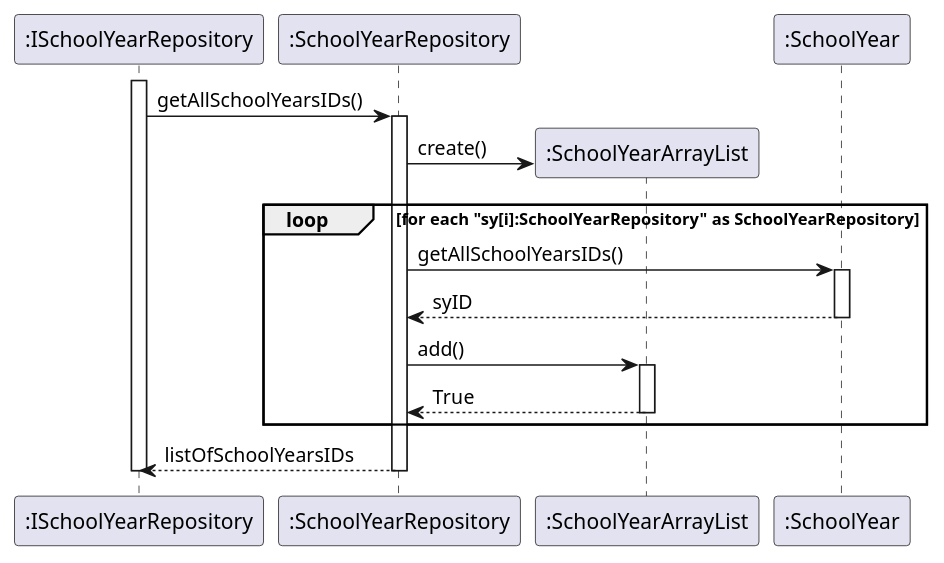
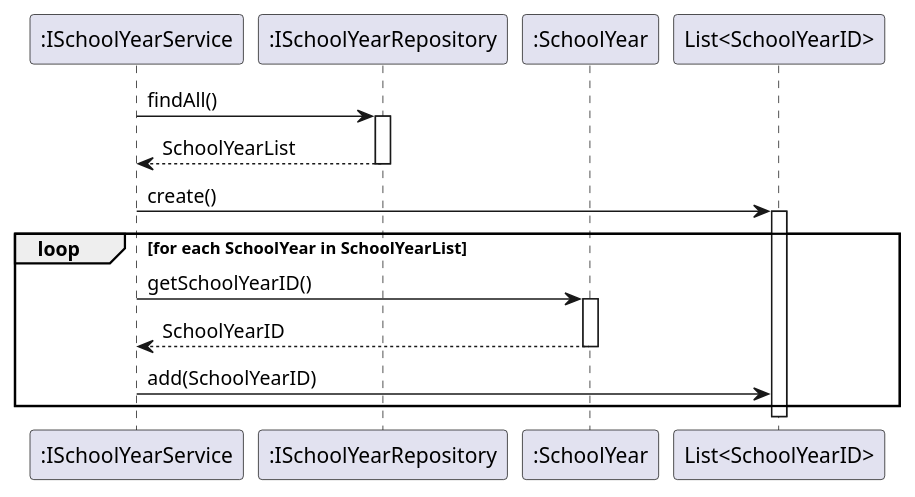
Before and after one commit to GasparISEP/DevOps-PAI: the diagram in docs/US17/references/getAllSchoolYears.puml, drawn with PlantUML.

Commit message:
[docs]: Update getAllSchoolYears.puml sequence diagram REF to reflect JPA SB, #365 #348 #393 #400

```diff
--- a/docs/US17/references/getAllSchoolYears.puml
+++ b/docs/US17/references/getAllSchoolYears.puml
@@ -1,27 +1,25 @@
 @startuml
-participant ":ISchoolYearRepository" as ISchoolYearRepository
-participant ":SchoolYearRepository" as SchoolYearRepository
+participant ":ISchoolYearService" as SchoolYearService
+participant ":ISchoolYearRepository" as SchoolYearRepository
+participant ":SchoolYear" as SchoolYear
+participant "List<SchoolYearID>" as SchoolYearIDList
 
-activate ISchoolYearRepository
-ISchoolYearRepository -> SchoolYearRepository : getAllSchoolYearsIDs()
+SchoolYearService -> SchoolYearRepository : findAll()
 activate SchoolYearRepository
-
-create ":SchoolYearArrayList"
-SchoolYearRepository -> ":SchoolYearArrayList": create()
-participant ":SchoolYear" as SchoolYear
-loop for each "sy[i]:SchoolYearRepository" as SchoolYearRepository
-SchoolYearRepository -> SchoolYear :  getAllSchoolYearsIDs()
-participant ":SchoolYear" as SchoolYear
-activate SchoolYear
-SchoolYear --> SchoolYearRepository : syID
-deactivate SchoolYear
-SchoolYearRepository -> ":SchoolYearArrayList" :  add()
-activate ":SchoolYearArrayList"
-":SchoolYearArrayList" --> SchoolYearRepository: True
-deactivate ":SchoolYearArrayList"
-end
-SchoolYearRepository --> ISchoolYearRepository : listOfSchoolYearsIDs
+SchoolYearRepository --> SchoolYearService : SchoolYearList
 deactivate SchoolYearRepository
 
-deactivate ISchoolYearRepository
+SchoolYearService -> SchoolYearIDList : create()
+activate SchoolYearIDList
+
+loop for each SchoolYear in SchoolYearList
+    SchoolYearService -> SchoolYear : getSchoolYearID()
+    activate SchoolYear
+    SchoolYear --> SchoolYearService : SchoolYearID
+    deactivate SchoolYear
+
+    SchoolYearService -> SchoolYearIDList : add(SchoolYearID)
+end
+
+deactivate SchoolYearIDList
 @enduml
```
